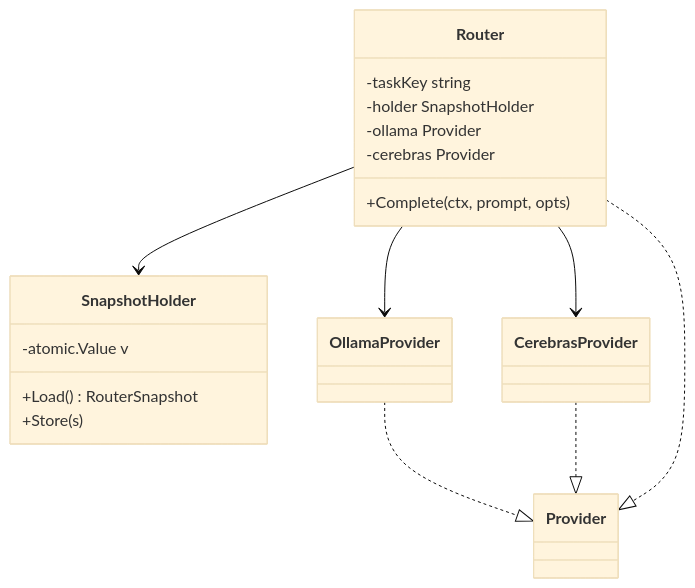
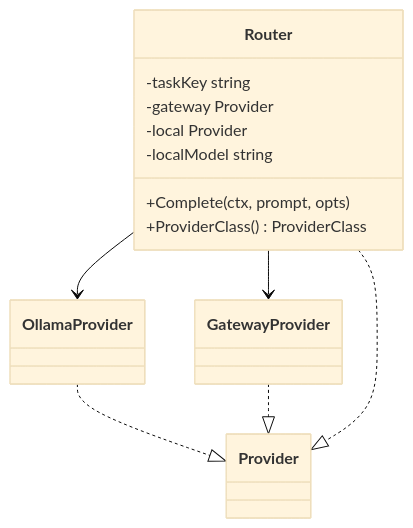
One commit to nonamecat19/job-finder changed the fourth of 5 diagrams in docs/docs/architecture/composition-root.md. Above: the diagram before and after it, drawn with Mermaid (base theme). The commit also changed other lines of this file and 15 other files, not shown here.

````diff
--- a/docs/docs/architecture/composition-root.md
+++ b/docs/docs/architecture/composition-root.md
@@ -105,23 +105,18 @@
 ```mermaid
 classDiagram
-    class SnapshotHolder {
-        -atomic.Value v
-        +Load() RouterSnapshot
-        +Store(s)
-    }
     class Router {
         -taskKey string
-        -holder SnapshotHolder
-        -ollama Provider
-        -cerebras Provider
+        -gateway Provider
+        -local Provider
+        -localModel string
         +Complete(ctx, prompt, opts)
+        +ProviderClass() ProviderClass
     }
     class OllamaProvider
-    class CerebrasProvider
-    Router --> SnapshotHolder
+    class GatewayProvider
     Router --> OllamaProvider
-    Router --> CerebrasProvider
+    Router --> GatewayProvider
     OllamaProvider ..|> Provider
-    CerebrasProvider ..|> Provider
+    GatewayProvider ..|> Provider
     Router ..|> Provider
 ```
````
